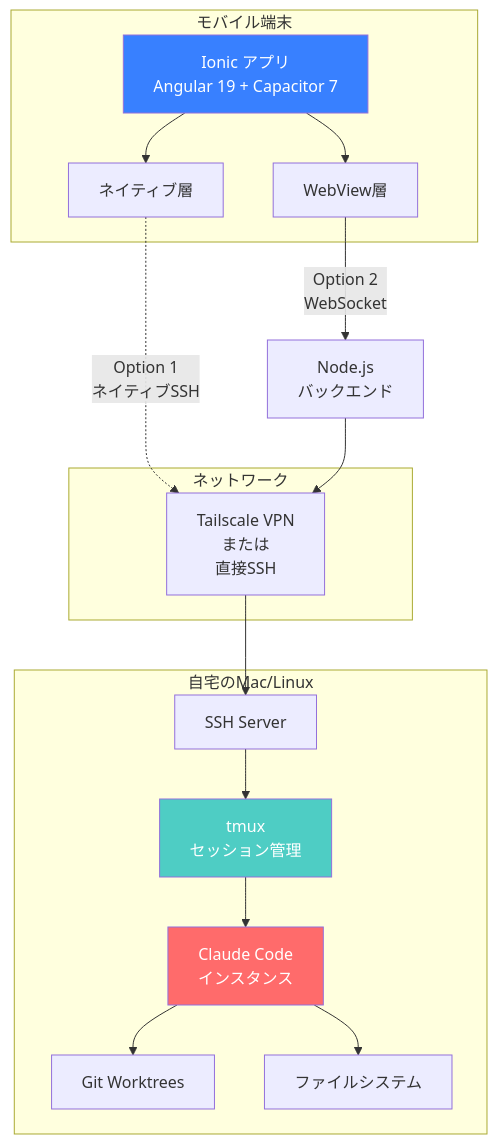
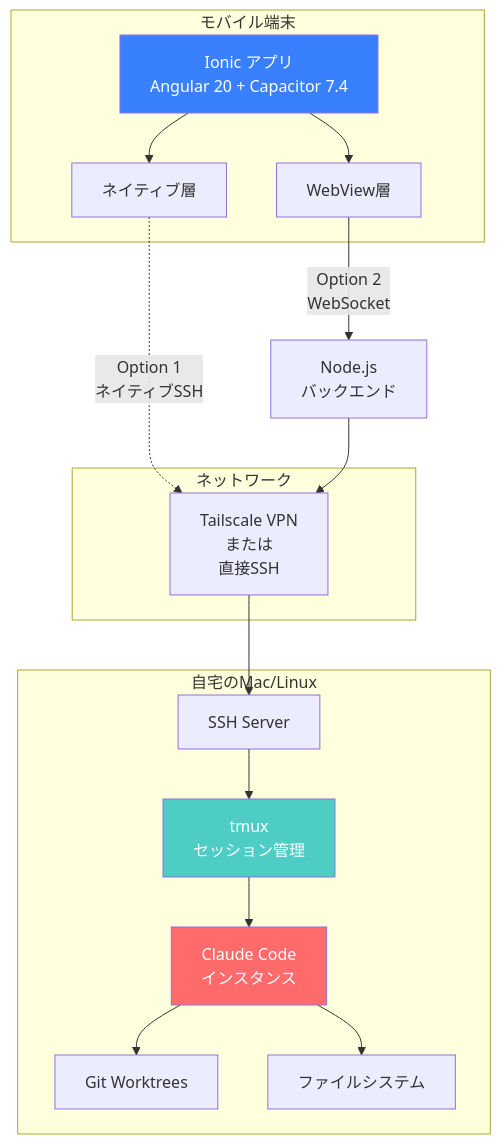
Before and after one commit to mzkmnk/claude-pal: the first of 10 diagrams in .claude/research/08_architecture_diagrams.md, drawn with Mermaid. The commit also changed 5 other files, not shown here.

````diff
--- a/.claude/research/08_architecture_diagrams.md
+++ b/.claude/research/08_architecture_diagrams.md
@@ -5,36 +5,36 @@
 ```mermaid
 graph TB
     subgraph "モバイル端末"
-        A[Ionic アプリ<br/>Angular 19 + Capacitor 7]
+        A[Ionic アプリ<br/>Angular 20 + Capacitor 7.4]
         A1[WebView層]
         A2[ネイティブ層]
         A --> A1
         A --> A2
     end
     
     subgraph "ネットワーク"
         B[Tailscale VPN<br/>または<br/>直接SSH]
     end
     
     subgraph "自宅のMac/Linux"
         C[SSH Server]
         D[Claude Code<br/>インスタンス]
         E[tmux<br/>セッション管理]
         F[Git Worktrees]
         G[ファイルシステム]
         
         C --> E
         E --> D
         D --> F
         D --> G
     end
     
     A2 -.->|Option 1<br/>ネイティブSSH| B
     A1 -->|Option 2<br/>WebSocket| H[Node.js<br/>バックエンド]
     H --> B
     B --> C
     
     style A fill:#3880ff,color:#fff
     style D fill:#ff6b6b,color:#fff
     style E fill:#4ecdc4,color:#fff
 ```
````
